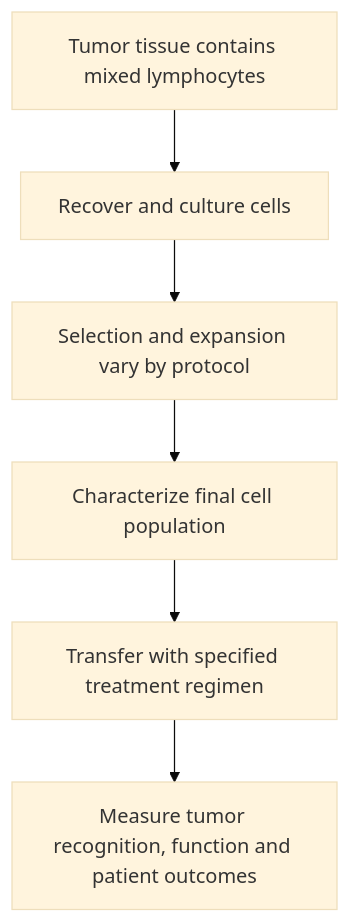
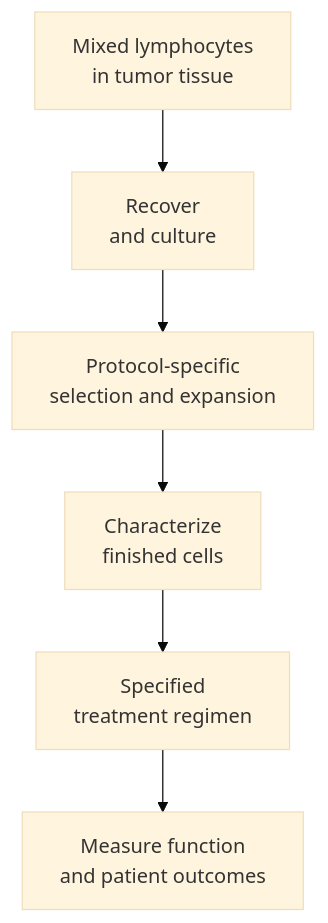
Before and after one commit to jasonLaster/oncoguide: the diagram in wiki/education/concepts/therapeutics/cell-therapies/til-therapy.md, drawn with Mermaid (base theme). The commit also changed other lines of this file and 43 other files, not shown here.

Commit message:
education: sync engineered-cell curriculum and native diagram settings

````diff
--- a/wiki/education/concepts/therapeutics/cell-therapies/til-therapy.md
+++ b/wiki/education/concepts/therapeutics/cell-therapies/til-therapy.md
@@ -42,8 +42,8 @@
 ```mermaid
 flowchart TD
-  A["Tumor tissue contains mixed lymphocytes"] --> B["Recover and culture cells"]
-  B --> C["Selection and expansion vary by protocol"]
-  C --> D["Characterize final cell population"]
-  D --> E["Transfer with specified treatment regimen"]
-  E --> F["Measure tumor recognition, function and patient outcomes"]
+  A["Mixed lymphocytes<br/>in tumor tissue"] --> B["Recover<br/>and culture"]
+  B --> C["Protocol-specific<br/>selection and expansion"]
+  C --> D["Characterize<br/>finished cells"]
+  D --> E["Specified<br/>treatment regimen"]
+  E --> F["Measure function<br/>and patient outcomes"]
 ```
````
